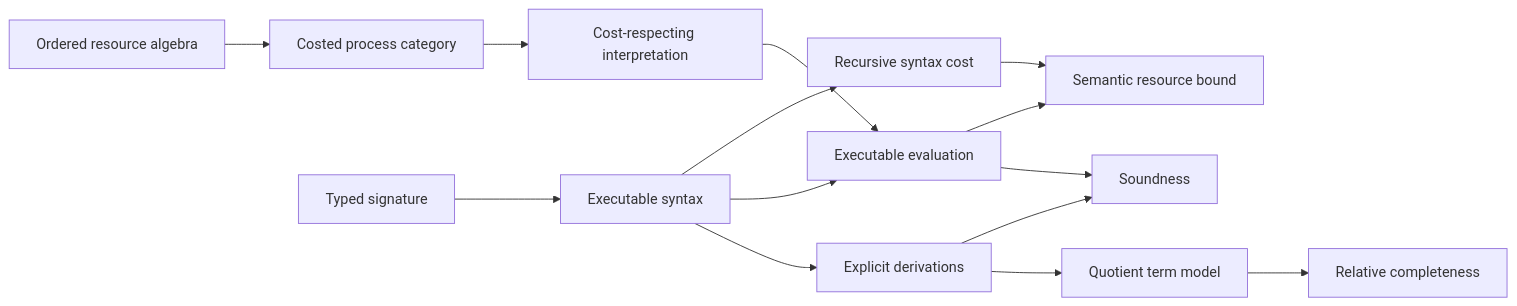
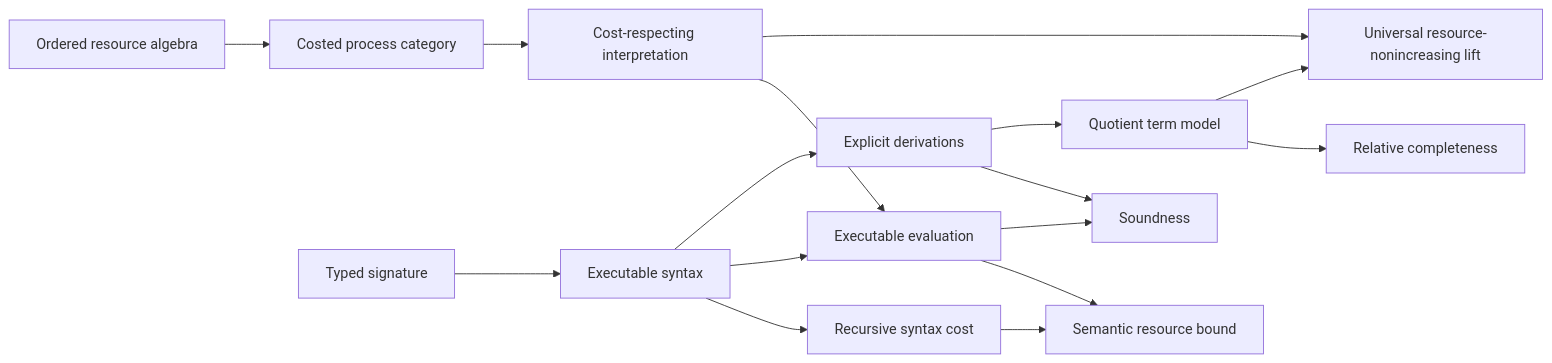
One commit to miuchan/ript changed the diagram in README.md. Above: the diagram before and after it, drawn with Mermaid. The commit also changed other lines of this file and 10 other files, not shown here.

````diff
--- a/README.md
+++ b/README.md
@@ -207,16 +213,18 @@
 ```mermaid
 flowchart LR
   R["Ordered resource algebra"] --> C["Costed process category"]
   S["Typed signature"] --> X["Executable syntax"]
   X --> K["Recursive syntax cost"]
   C --> I["Cost-respecting interpretation"]
   X --> E["Executable evaluation"]
   I --> E
   K --> B["Semantic resource bound"]
   E --> B
   X --> D["Explicit derivations"]
   D --> SO["Soundness"]
   E --> SO
   D --> T["Quotient term model"]
   T --> CO["Relative completeness"]
+  I --> U["Universal resource-nonincreasing lift"]
+  T --> U
 ```
````
